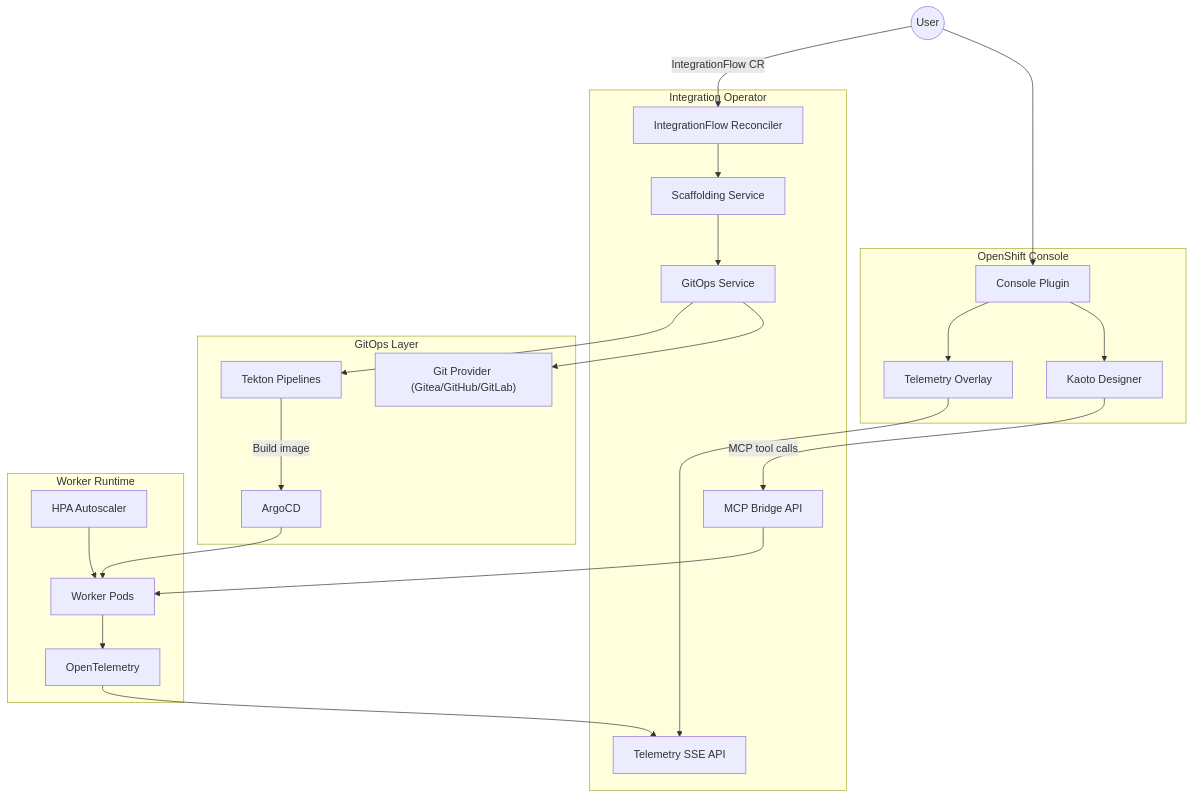
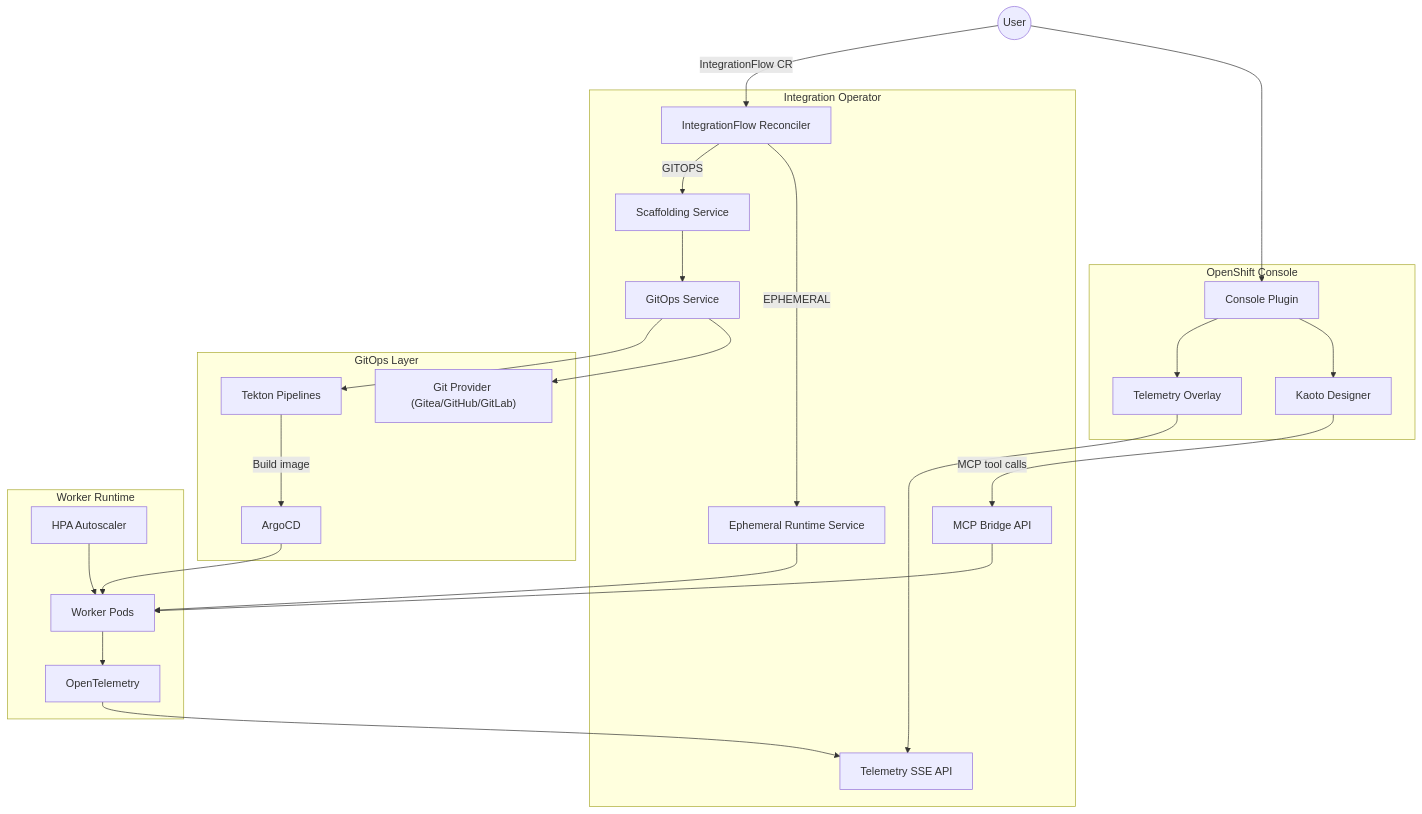
Before and after one commit to maximilianoPizarro/openshift-integration-operator: the diagram in README.md, drawn with Mermaid. The commit also changed other lines of this file and 44 other files, not shown here.

````diff
--- a/README.md
+++ b/README.md
@@ -58,47 +59,50 @@
 ```mermaid
 flowchart TB
     subgraph Console["OpenShift Console"]
         Plugin["Console Plugin"]
         Kaoto["Kaoto Designer"]
         Telemetry["Telemetry Overlay"]
     end
 
     subgraph Operator["Integration Operator"]
         Reconciler["IntegrationFlow Reconciler"]
         Scaffold["Scaffolding Service"]
+        Ephemeral["Ephemeral Runtime Service"]
         GitOps["GitOps Service"]
         MCP["MCP Bridge API"]
         SSE["Telemetry SSE API"]
     end
 
     subgraph GitOpsLayer["GitOps Layer"]
         Git["Git Provider (Gitea/GitHub/GitLab)"]
         Tekton["Tekton Pipelines"]
         ArgoCD["ArgoCD"]
     end
 
     subgraph Runtime["Worker Runtime"]
         Workers["Worker Pods"]
         OTel["OpenTelemetry"]
         HPA["HPA Autoscaler"]
     end
 
     User((User)) --> Plugin
     Plugin --> Kaoto
     Plugin --> Telemetry
     Telemetry --> SSE
 
     User -->|IntegrationFlow CR| Reconciler
-    Reconciler --> Scaffold
+    Reconciler -->|EPHEMERAL| Ephemeral
+    Ephemeral --> Workers
+    Reconciler -->|GITOPS| Scaffold
     Scaffold --> GitOps
     GitOps --> Git
     GitOps --> Tekton
     Tekton -->|Build image| ArgoCD
     ArgoCD --> Workers
     HPA --> Workers
     Workers --> OTel
     OTel --> SSE
 
     Kaoto -->|MCP tool calls| MCP
     MCP --> Workers
 ```
````
